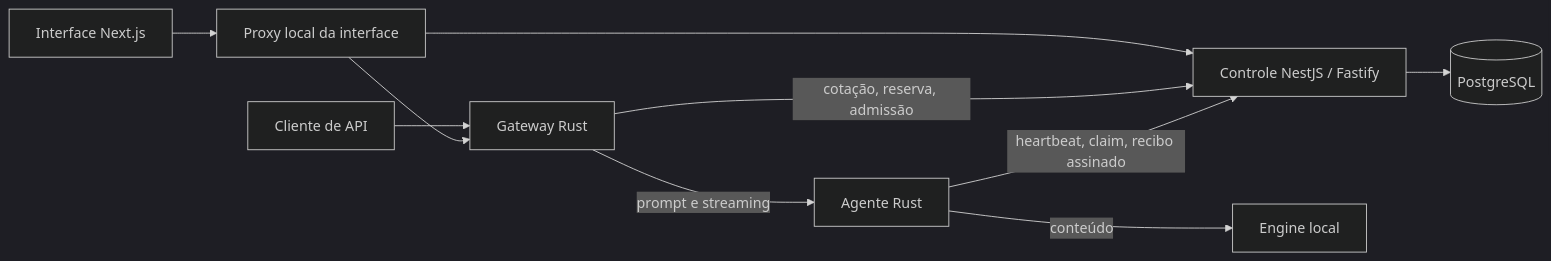
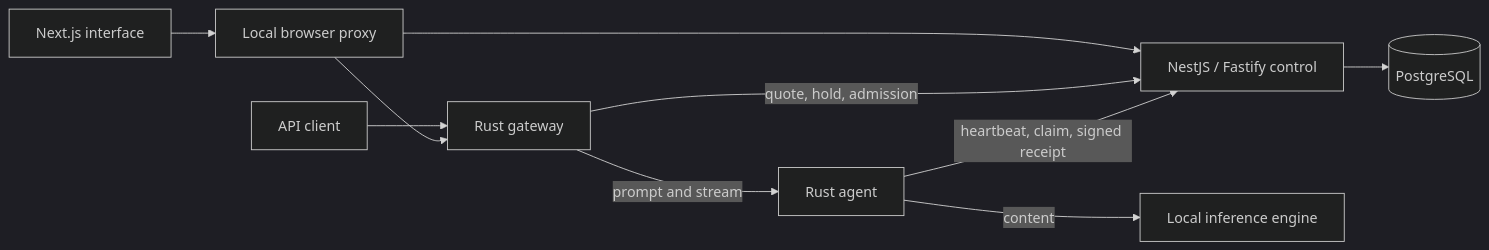
Before and after one commit to Dev-Encrypted/Network_AI: the diagram in docs/implementation/README.md, drawn with Mermaid (dark theme). The commit also changed other lines of this file and 59 other files, not shown here.

````diff
--- a/docs/implementation/README.md
+++ b/docs/implementation/README.md
@@ -14,12 +16,12 @@
 ```mermaid
 flowchart LR
-  UI[Interface Next.js] --> BFF[Proxy local da interface]
-  SDK[Cliente de API] --> G[Gateway Rust]
-  BFF --> G
-  BFF --> C[Controle NestJS / Fastify]
-  G -->|cotação, reserva, admissão| C
-  G -->|prompt e streaming| N[Agente Rust]
-  N -->|conteúdo| E[Engine local]
-  N -->|heartbeat, claim, recibo assinado| C
-  C --> D[(PostgreSQL)]
+    UI[Next.js interface] --> Proxy[Local browser proxy]
+    Client[API client] --> Gateway[Rust gateway]
+    Proxy --> Gateway
+    Proxy --> Control[NestJS / Fastify control]
+    Gateway -->|quote, hold, admission| Control
+    Gateway -->|prompt and stream| Node[Rust agent]
+    Node -->|content| Engine[Local inference engine]
+    Node -->|heartbeat, claim, signed receipt| Control
+    Control --> Database[(PostgreSQL)]
 ```
````
